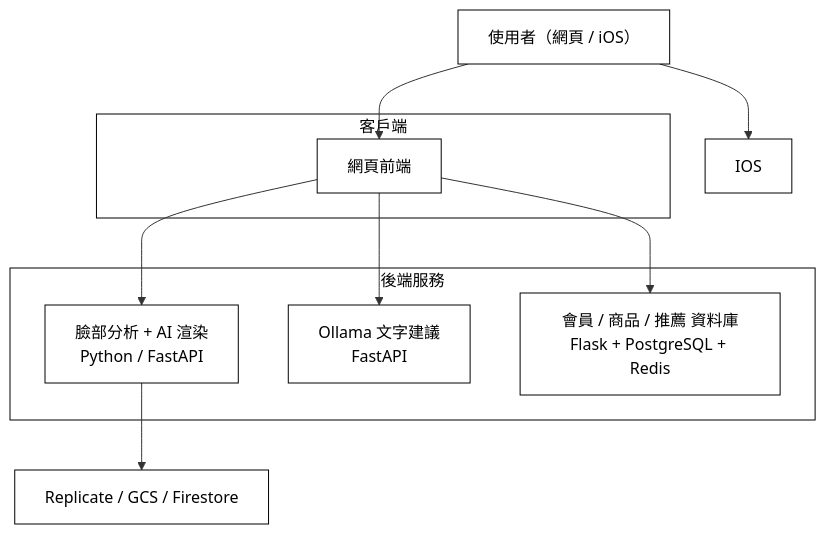
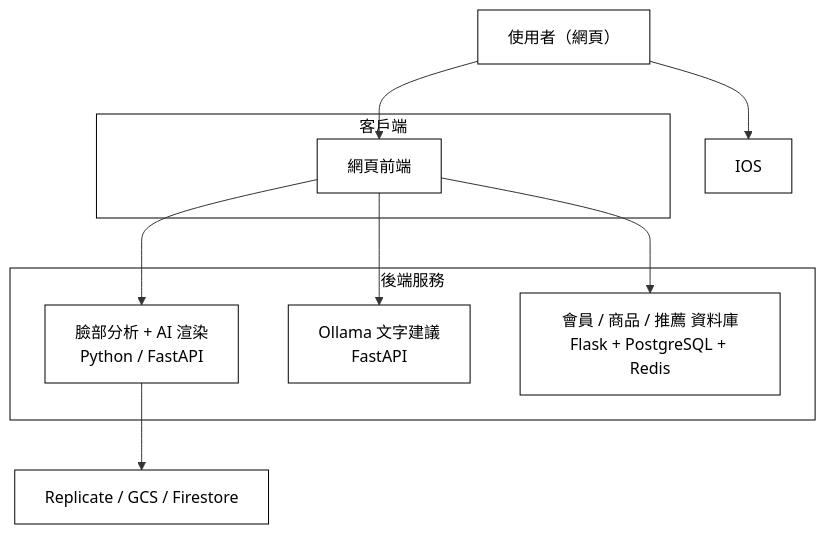
Before and after one commit to vivi930319/DecorateMeAI: the diagram in README.md, drawn with Mermaid.

Commit message:
Update user label in README.md

````diff
--- a/README.md
+++ b/README.md
@@ -11,25 +11,25 @@
 ```mermaid
 flowchart TB
   classDef n fill:#ffffff,stroke:#000000,color:#000000;
-  U["使用者（網頁 / iOS）"]
+  U["使用者（網頁）"]
   subgraph C["客戶端"]
     WEB["網頁前端"]
    
   end
   subgraph S["後端服務"]
     FACE["臉部分析 + AI 渲染<br/>Python / FastAPI"]
     OLL["Ollama 文字建議<br/>FastAPI"]
     DBS["會員 / 商品 / 推薦 資料庫<br/>Flask + PostgreSQL + Redis"]
   end
   EXT["Replicate / GCS / Firestore"]
 
   U --> WEB
   U --> IOS
   WEB --> FACE
   WEB --> OLL
   WEB --> DBS
   FACE --> EXT
   class U,WEB,IOS,FACE,OLL,DBS,EXT n;
   style C fill:#ffffff,stroke:#000000,color:#000000;
   style S fill:#ffffff,stroke:#000000,color:#000000;
 ```
````
